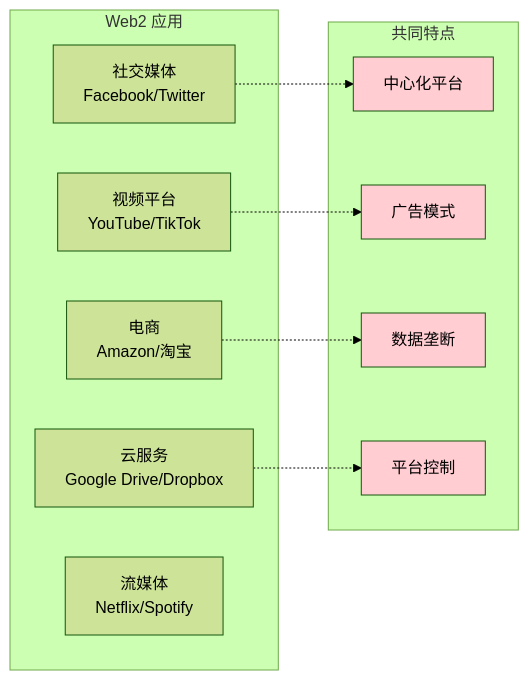
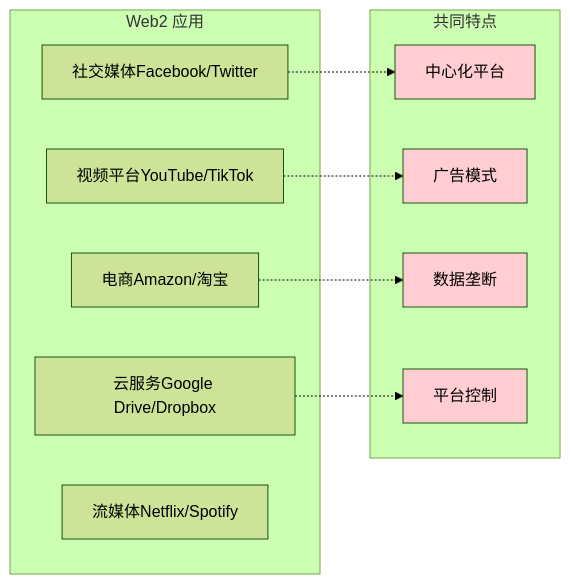
One commit to liuxing95/blog changed diagram 16 of 29 in src/content/posts/web3/web2-vs-web3.md. Above: the diagram before and after it, drawn with Mermaid (forest theme). The commit also changed other lines of this file and 3 other files, not shown here.

````diff
--- a/src/content/posts/web3/web2-vs-web3.md
+++ b/src/content/posts/web3/web2-vs-web3.md
@@ -811,27 +786,27 @@
 ```mermaid
 graph LR
     subgraph "Web2 应用"
-        Social[社交媒体<br/>Facebook/Twitter]
-        Video[视频平台<br/>YouTube/TikTok]
-        Ecommerce[电商<br/>Amazon/淘宝]
-        Cloud[云服务<br/>Google Drive/Dropbox]
-        Streaming[流媒体<br/>Netflix/Spotify]
+        Social[社交媒体Facebook/Twitter]
+        Video[视频平台YouTube/TikTok]
+        Ecommerce[电商Amazon/淘宝]
+        Cloud[云服务Google Drive/Dropbox]
+        Streaming[流媒体Netflix/Spotify]
     end
 
     subgraph "共同特点"
         Central[中心化平台]
         Ads[广告模式]
         Data[数据垄断]
         Control[平台控制]
     end
 
     Social -.-> Central
     Video -.-> Ads
     Ecommerce -.-> Data
     Cloud -.-> Control
 
     style Central fill:#ffcdd2
     style Ads fill:#ffcdd2
     style Data fill:#ffcdd2
     style Control fill:#ffcdd2
 ```
````
